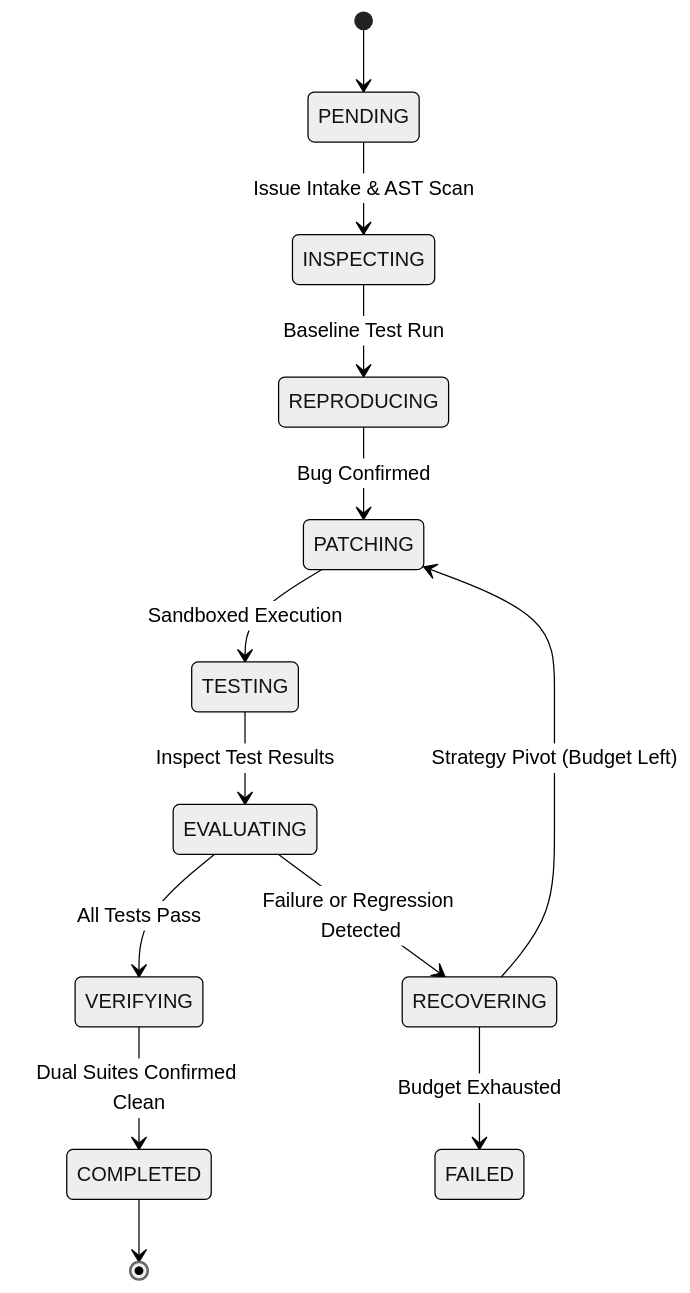
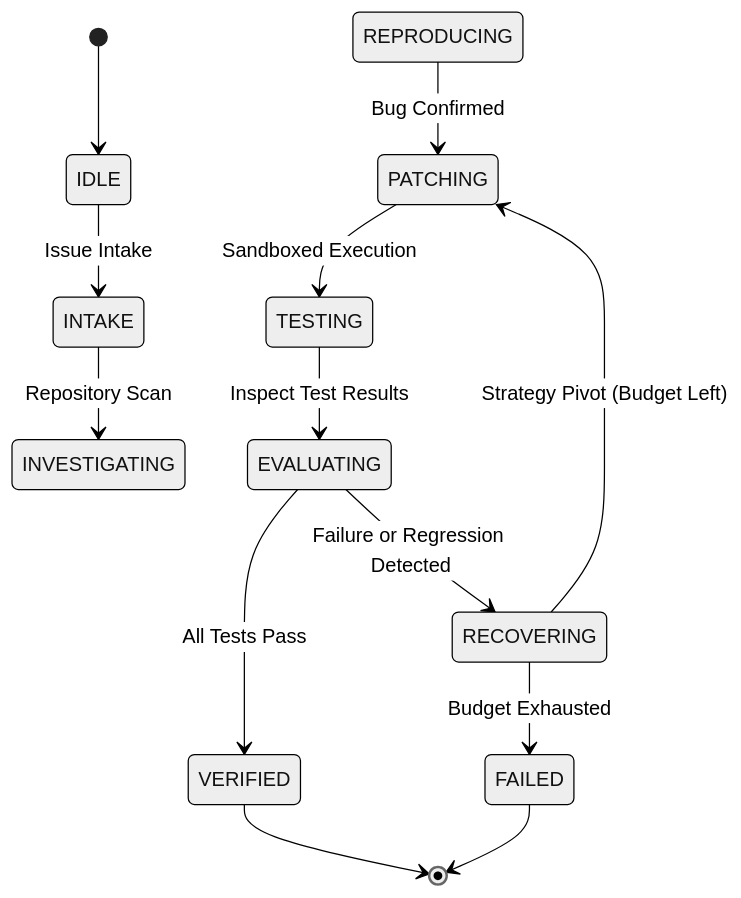
The diagram in docs/architecture.md (Quantum-Ark/patchai), drawn with Mermaid (neutral theme) before and after one commit. The commit also changed 22 other files, not shown here.

````diff
--- a/docs/architecture.md
+++ b/docs/architecture.md
@@ -17,15 +17,15 @@
 ```mermaid
 stateDiagram-v2
-    [*] --> PENDING
-    PENDING --> INSPECTING: Issue Intake & AST Scan
-    INSPECTING --> REPRODUCING: Baseline Test Run
+    [*] --> IDLE
+    IDLE --> INTAKE: Issue Intake
+    INTAKE --> INVESTIGATING: Repository Scan
     REPRODUCING --> PATCHING: Bug Confirmed
     PATCHING --> TESTING: Sandboxed Execution
     TESTING --> EVALUATING: Inspect Test Results
-    EVALUATING --> VERIFYING: All Tests Pass
+    EVALUATING --> VERIFIED: All Tests Pass
     EVALUATING --> RECOVERING: Failure or Regression Detected
     RECOVERING --> PATCHING: Strategy Pivot (Budget Left)
     RECOVERING --> FAILED: Budget Exhausted
-    VERIFYING --> COMPLETED: Dual Suites Confirmed Clean
-    COMPLETED --> [*]
+    VERIFIED --> [*]
+    FAILED --> [*]
 ```
````
